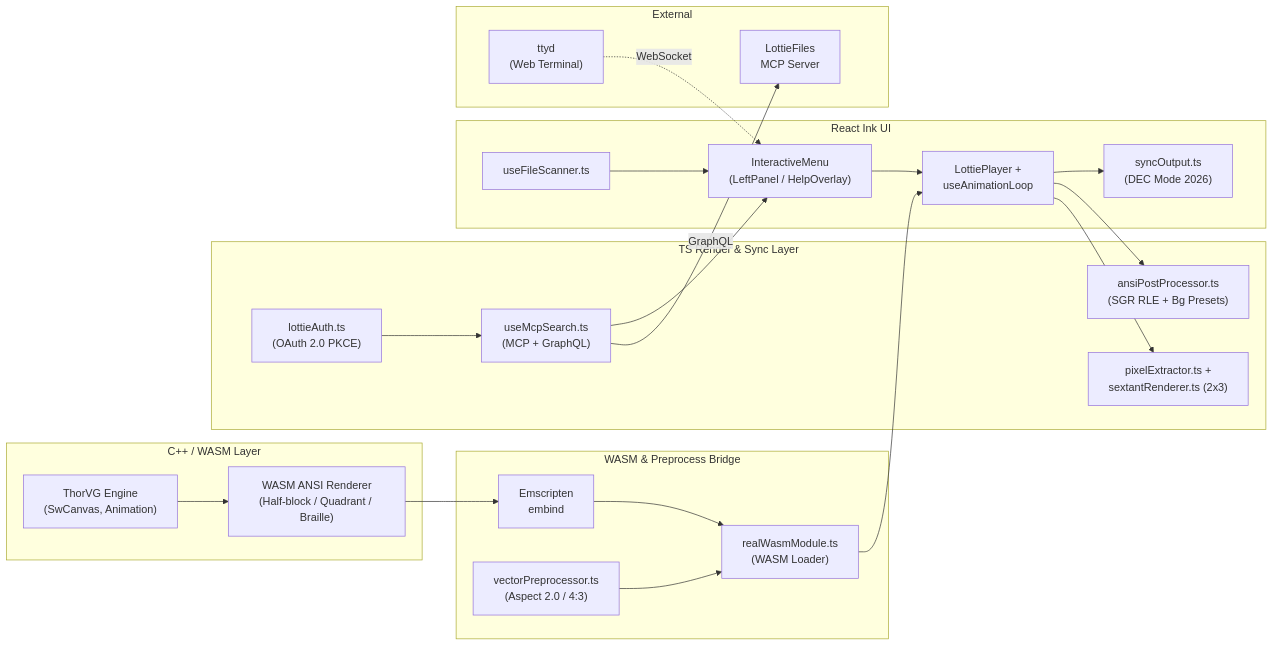
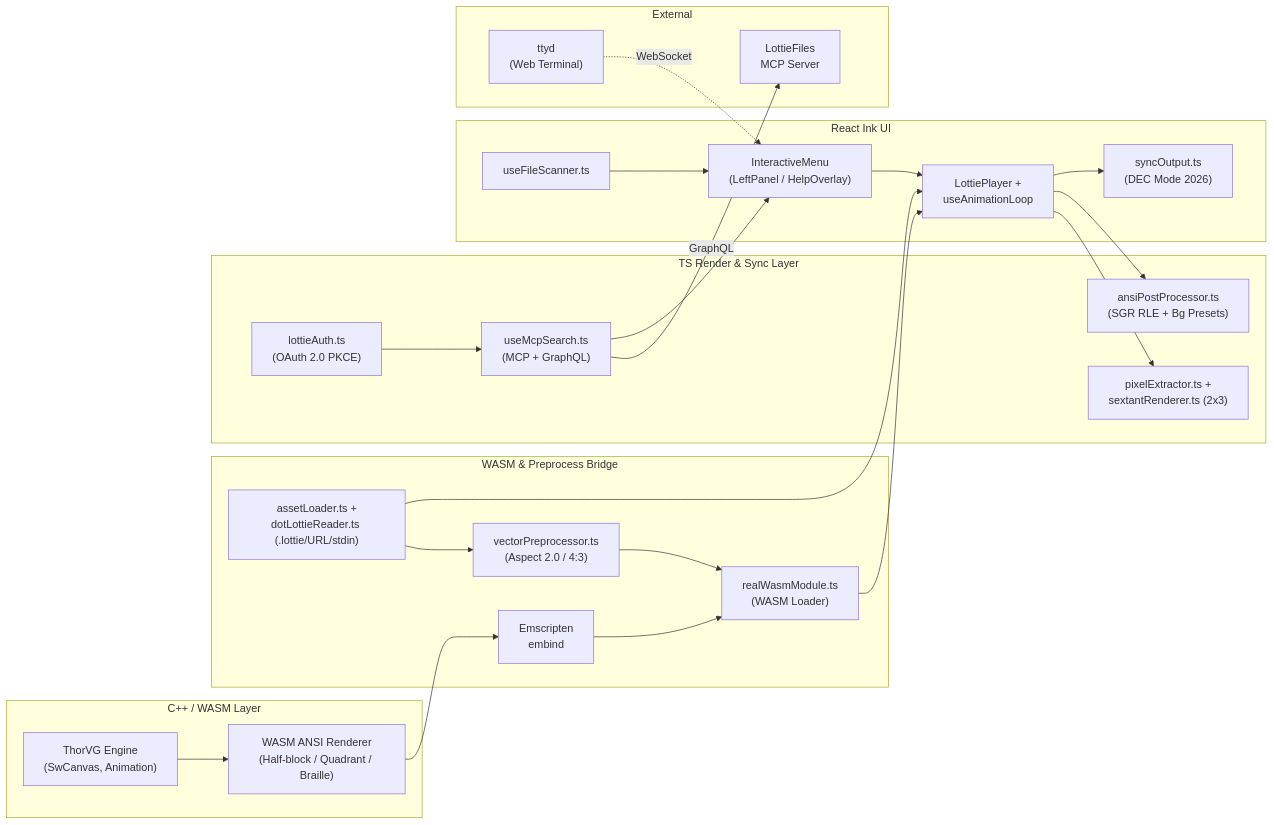
The diagram in docs/DETAILS.md (thorvg-community-kr/Hackathon-Terminal_Vector_Graphics), drawn with Mermaid before and after one commit. The commit also changed other lines of this file and 14 other files, not shown here.

Commit message:
feat(loader): add .lottie container, remote URL, and stdin stream inputs (Task 10)

````diff
--- a/docs/DETAILS.md
+++ b/docs/DETAILS.md
@@ -39,45 +40,47 @@
 ```mermaid
 graph LR
     subgraph "C++ / WASM Layer"
         TVG["ThorVG Engine<br/>(SwCanvas, Animation)"]
         RENDER["WASM ANSI Renderer<br/>(Half-block / Quadrant / Braille)"]
     end
 
     subgraph "WASM & Preprocess Bridge"
+        ASSETS["assetLoader.ts +<br/>dotLottieReader.ts (.lottie/URL/stdin)"]
         EMB["Emscripten<br/>embind"]
         WASM["realWasmModule.ts<br/>(WASM Loader)"]
         PREP["vectorPreprocessor.ts<br/>(Aspect 2.0 / 4:3)"]
     end
 
     subgraph "TS Render & Sync Layer"
         PX["pixelExtractor.ts +<br/>sextantRenderer.ts (2x3)"]
         RLE["ansiPostProcessor.ts<br/>(SGR RLE + Bg Presets)"]
         AUTH["lottieAuth.ts<br/>(OAuth 2.0 PKCE)"]
         MCP_C["useMcpSearch.ts<br/>(MCP + GraphQL)"]
     end
 
     subgraph "React Ink UI"
         SCAN["useFileScanner.ts"]
         MENU["InteractiveMenu<br/>(LeftPanel / HelpOverlay)"]
         PLAYER["LottiePlayer +<br/>useAnimationLoop"]
         SYNC["syncOutput.ts<br/>(DEC Mode 2026)"]
     end
 
     subgraph "External"
         LOTTIE["LottieFiles<br/>MCP Server"]
         TTYD["ttyd<br/>(Web Terminal)"]
     end
 
     TVG --> RENDER --> EMB --> WASM
-    PREP --> WASM
+    ASSETS --> PREP --> WASM
+    ASSETS --> PLAYER
     WASM --> PLAYER
     PLAYER --> PX
     PLAYER --> RLE
     PLAYER --> SYNC
     AUTH --> MCP_C
     MCP_C -->|GraphQL| LOTTIE
     SCAN --> MENU
     MENU --> PLAYER
     MCP_C --> MENU
     TTYD -.->|WebSocket| MENU
 ```
````
